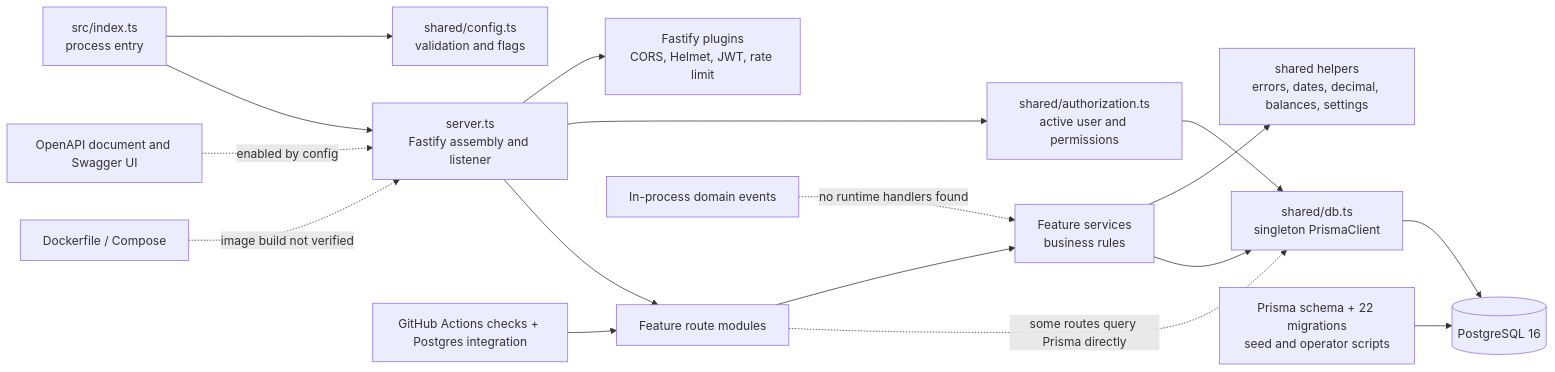
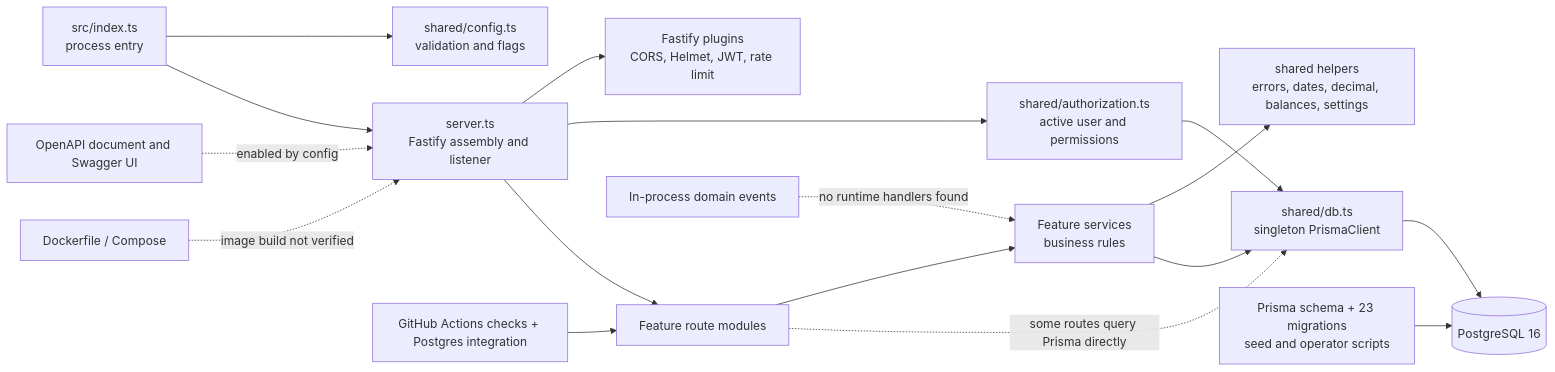
One commit to ntokozo-maselala/afrinov-inventory-operations changed the diagram in docs/backend/architecture/backend-architecture.md. Above: the diagram before and after it, drawn with Mermaid. The commit also changed other lines of this file and 36 other files, not shown here.

````diff
--- a/docs/backend/architecture/backend-architecture.md
+++ b/docs/backend/architecture/backend-architecture.md
@@ -59,19 +59,19 @@
 ```mermaid
 flowchart LR
   IDX["src/index.ts<br/>process entry"] --> CFG["shared/config.ts<br/>validation and flags"]
   IDX --> SRV["server.ts<br/>Fastify assembly and listener"]
   SRV --> PLUG["Fastify plugins<br/>CORS, Helmet, JWT, rate limit"]
   SRV --> AUTH["shared/authorization.ts<br/>active user and permissions"]
   SRV --> RT["Feature route modules"]
   RT --> SVC["Feature services<br/>business rules"]
   RT -. "some routes query Prisma directly" .-> DB["shared/db.ts<br/>singleton PrismaClient"]
   SVC --> SH["shared helpers<br/>errors, dates, decimal, balances, settings"]
   SVC --> DB
   AUTH --> DB
   DB --> PG[("PostgreSQL 16")]
-  MIG["Prisma schema + 22 migrations<br/>seed and operator scripts"] --> PG
+  MIG["Prisma schema + 23 migrations<br/>seed and operator scripts"] --> PG
   DOC["OpenAPI document and Swagger UI"] -. "enabled by config" .-> SRV
   EV["In-process domain events"] -. "no runtime handlers found" .-> SVC
   CI["GitHub Actions checks + Postgres integration"] --> RT
   DOCKER["Dockerfile / Compose"] -. "image build not verified" .-> SRV
 ```
````
